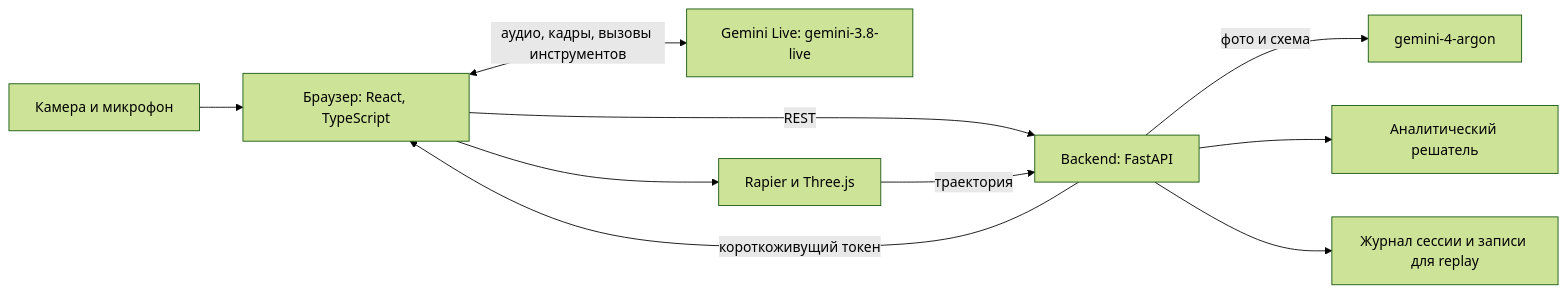
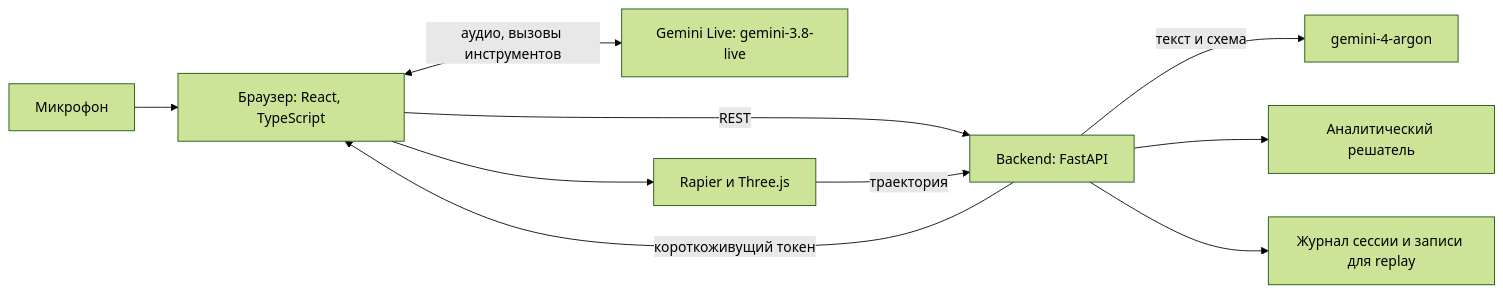
Before and after one commit to cprite/chalk: the diagram in docs/ARCHITECTURE.md, drawn with Mermaid (forest theme). The commit also changed other lines of this file and 2 other files, not shown here.

Commit message:
docs: make live voice the primary input, move drawing to P1

````diff
--- a/docs/ARCHITECTURE.md
+++ b/docs/ARCHITECTURE.md
@@ -15,12 +15,12 @@
 ```mermaid
 flowchart LR
-  U[Камера и микрофон] --> FE[Браузер: React, TypeScript]
-  FE <-->|аудио, кадры, вызовы инструментов| LIVE[Gemini Live: gemini-3.8-live]
+  U[Микрофон] --> FE[Браузер: React, TypeScript]
+  FE <-->|аудио, вызовы инструментов| LIVE[Gemini Live: gemini-3.8-live]
   FE -->|REST| API[Backend: FastAPI]
   API -->|короткоживущий токен| FE
-  API -->|фото и схема| ARGON[gemini-4-argon]
+  API -->|текст и схема| ARGON[gemini-4-argon]
   API --> SOLVER[Аналитический решатель]
   FE --> SIM[Rapier и Three.js]
   SIM -->|траектория| API
   API --> TRACE[Журнал сессии и записи для replay]
 ```
````
